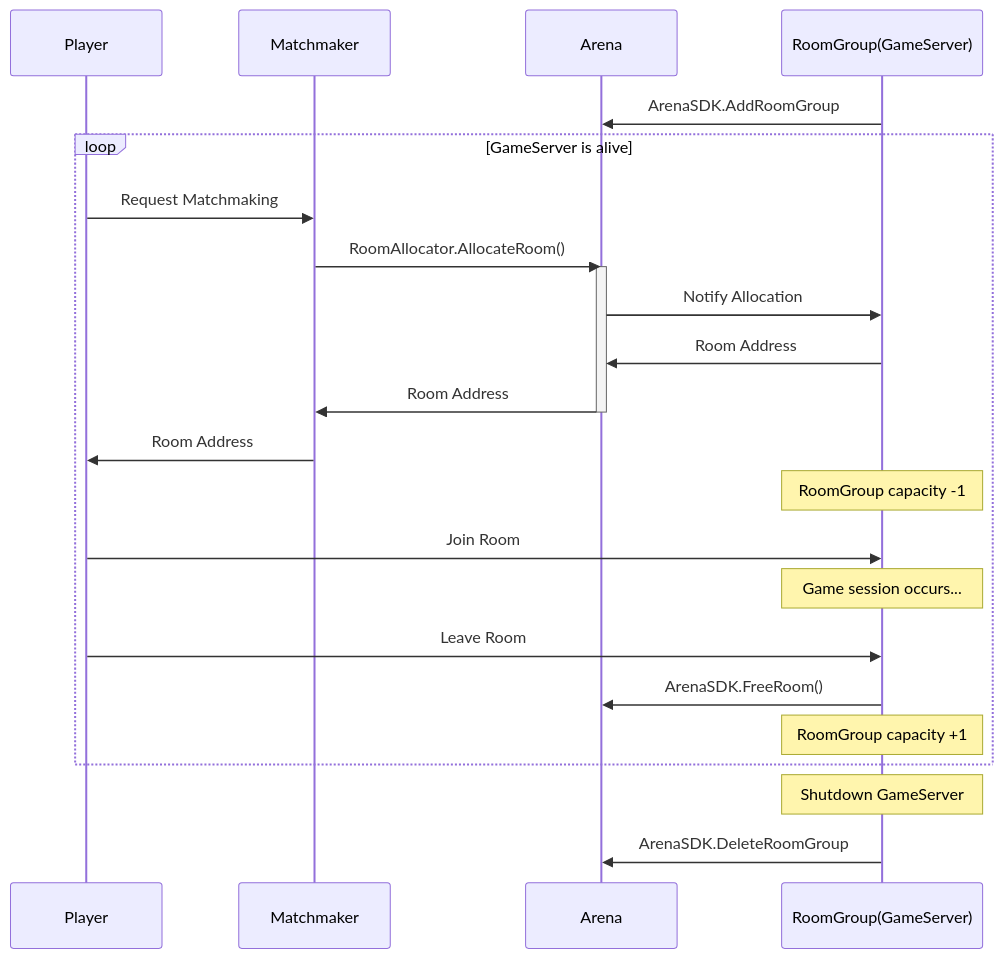
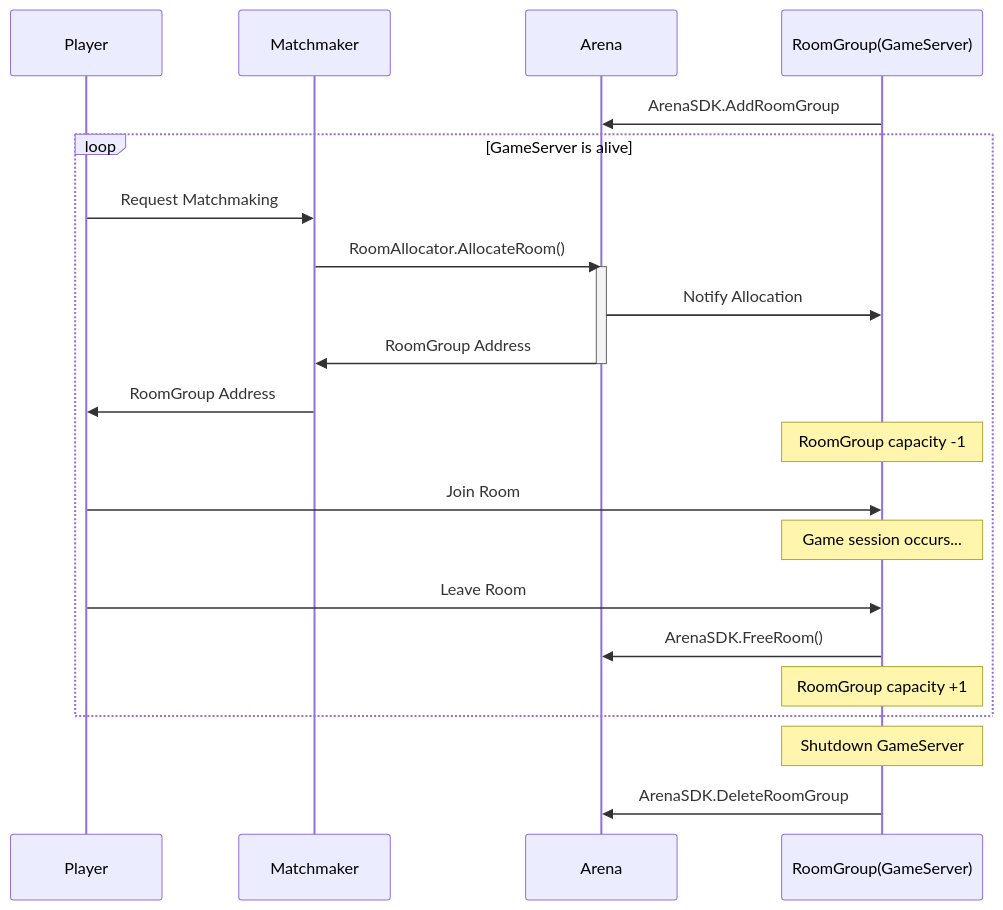
The diagram in README.md (castaneai/arena), drawn with Mermaid before and after one commit. The commit also changed other lines of this file and 4 other files, not shown here.

````diff
--- a/README.md
+++ b/README.md
@@ -16,28 +16,27 @@
 ```mermaid
 sequenceDiagram
     participant Player
     participant Matchmaker
     participant Arena
     participant GameServer as RoomGroup(GameServer)
 
     GameServer ->> Arena: ArenaSDK.AddRoomGroup
     loop GameServer is alive
         Player ->> Matchmaker: Request Matchmaking
         Matchmaker ->> Arena: RoomAllocator.AllocateRoom()
         activate Arena
         Arena ->> GameServer: Notify Allocation
-        GameServer ->> Arena: Room Address
-        Arena ->> Matchmaker: Room Address
+        Arena ->> Matchmaker: RoomGroup Address
         deactivate Arena
-        Matchmaker ->> Player: Room Address
+        Matchmaker ->> Player: RoomGroup Address
         Note over GameServer: RoomGroup capacity -1
 
         Player ->> GameServer: Join Room
         Note over GameServer: Game session occurs...
         Player ->> GameServer: Leave Room
         GameServer ->> Arena: ArenaSDK.FreeRoom()
         Note over GameServer: RoomGroup capacity +1
     end
     Note over GameServer: Shutdown GameServer
     GameServer ->> Arena: ArenaSDK.DeleteRoomGroup
 ```
````
